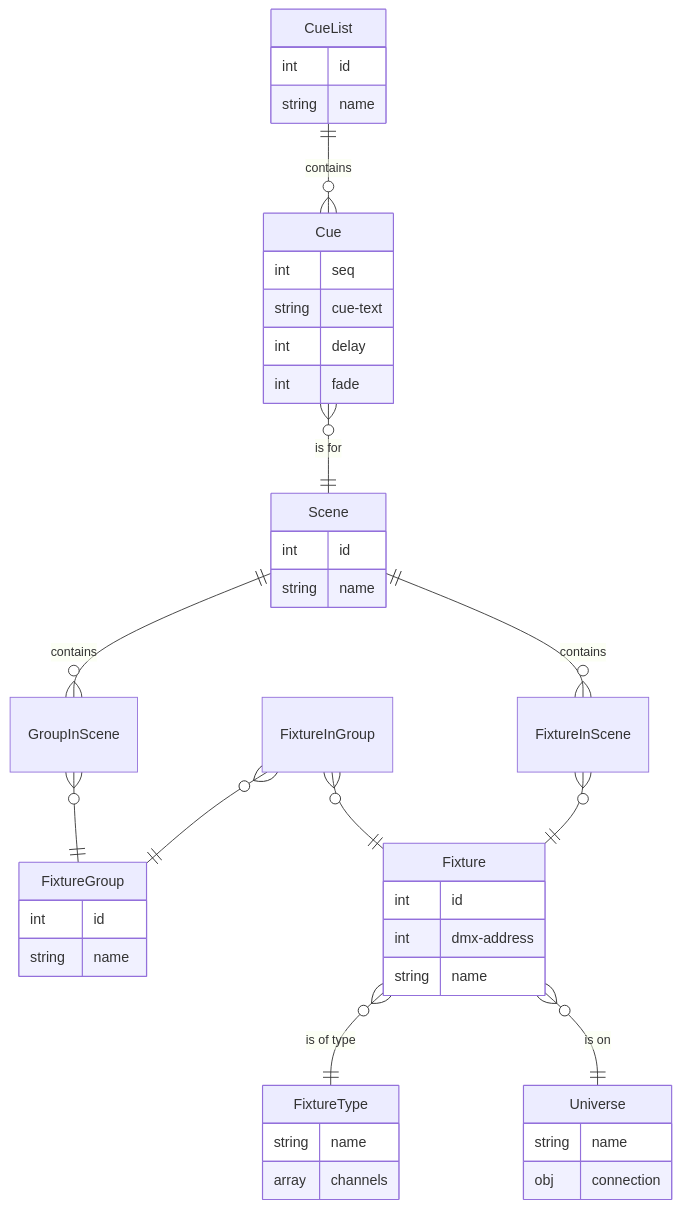
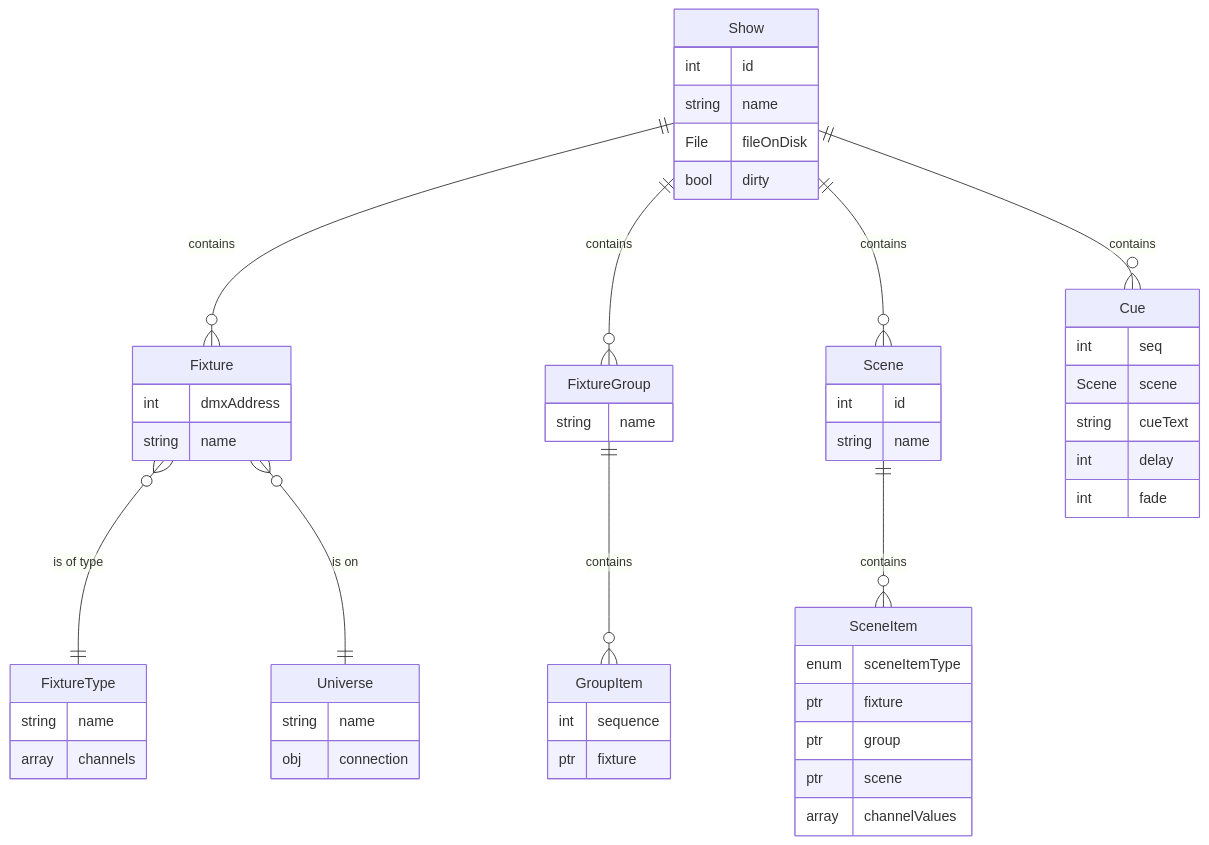
Before and after one commit to BrendanTWhite/Footlight: the diagram in docs/class_diagram.md, drawn with Mermaid.

Commit message:
Updated class diagram
Now has tree structure for QObject's parent model.

````diff
--- a/docs/class_diagram.md
+++ b/docs/class_diagram.md
@@ -5,76 +5,71 @@
 ```mermaid
 erDiagram
 
-CueList {
+Show {
     int id
+    string name
+    File fileOnDisk
+    bool dirty
+}
+
+
+Show ||--o{ Fixture : contains
+
+Fixture {
+    int dmxAddress
     string name
 }
 
-CueList ||--o{ Cue : contains
-
-Cue {
-    int seq
-    string cue-text
-    int delay
-    int fade
+Fixture }o--|| FixtureType : "is of type"
+FixtureType {
+    string name
+    array channels
 }
 
-Cue }o--|| Scene : "is for"
+Fixture }o--|| Universe : "is on"
+Universe {
+    string name
+    obj connection
+}
 
+
+Show ||--o{ FixtureGroup : contains
+
+FixtureGroup {
+    string name
+}
+
+
+FixtureGroup ||--o{ GroupItem : contains
+GroupItem {
+    int sequence
+    ptr fixture
+}
+
+
+Show ||--o{ Scene : contains
 Scene {
     int id
     string name
 }
 
-Scene ||--o{ GroupInScene : "contains"
-
-GroupInScene {
-
+Scene ||--o{ SceneItem : "contains"
+SceneItem {
+    enum sceneItemType
+    ptr fixture
+    ptr group
+    ptr scene
+    array channelValues
 }
 
-GroupInScene }o--|| FixtureGroup : ""
 
-
-FixtureGroup {
-    int id
-    string name
+Show ||--o{ Cue : contains
+Cue {
+    int seq
+    Scene scene
+    string cueText
+    int delay
+    int fade
 }
 
-FixtureInGroup }o--|| FixtureGroup : ""
-
-FixtureInGroup {
-
-}
-
-FixtureInGroup }o--|| Fixture : ""
-
-
-Scene ||--o{ FixtureInScene : "contains"
-
-FixtureInScene {
-
-}
-
-FixtureInScene }o--|| Fixture : ""
-
-FixtureType {
-    string name
-    array channels
-}
-
-Fixture {
-    int id
-    int dmx-address
-    string name
-}
-
-Fixture }o--|| FixtureType : "is of type"
-
-Universe {
-    string name
-    obj connection
-}
-
-Fixture }o--|| Universe : "is on"
-
 ```
````
